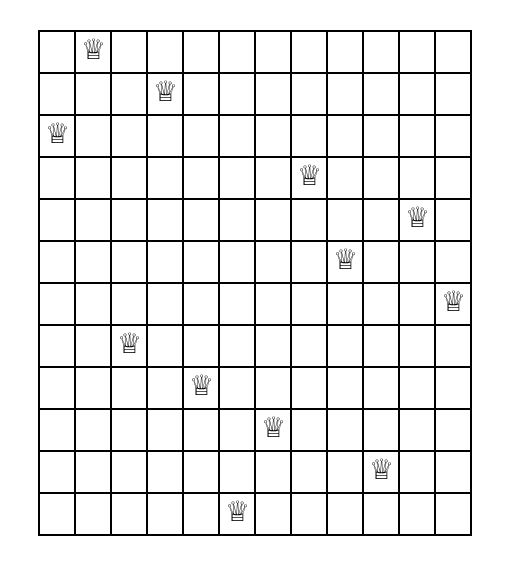
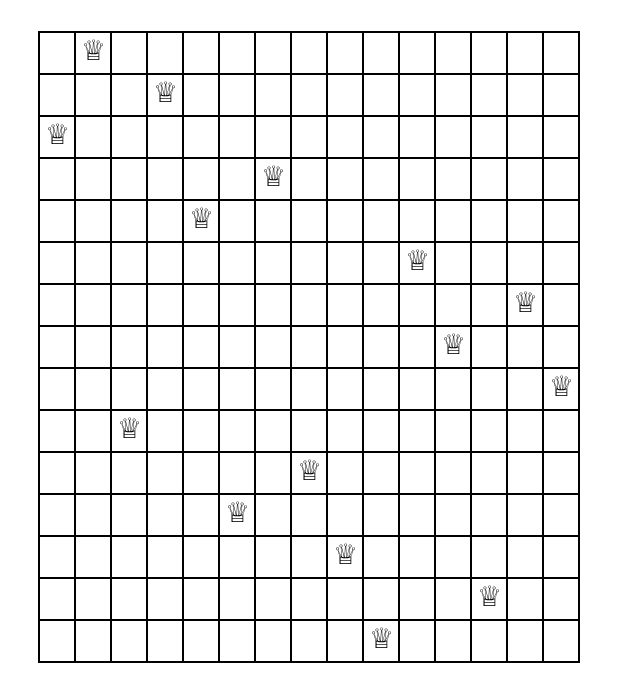
The diagram in graph.dot (CSUNSA1704250/parallel-nqueens-problem-parallelpatrol), drawn with Graphviz before and after one commit. The commit also changed 19 other files, not shown here.

```diff
--- a/graph.dot
+++ b/graph.dot
@@ -1,20 +1,23 @@
 digraph D { 
  node [shape=plaintext]
  some_node [
   label=<
    <table border="0" cellborder="1" cellspacing="0">
-    <tr><td> </td><td>&#9813;</td><td> </td><td> </td><td> </td><td> </td><td> </td><td> </td><td> </td><td> </td><td> </td><td> </td></tr>
-    <tr><td> </td><td> </td><td> </td><td>&#9813;</td><td> </td><td> </td><td> </td><td> </td><td> </td><td> </td><td> </td><td> </td></tr>
-    <tr><td>&#9813;</td><td> </td><td> </td><td> </td><td> </td><td> </td><td> </td><td> </td><td> </td><td> </td><td> </td><td> </td></tr>
-    <tr><td> </td><td> </td><td> </td><td> </td><td> </td><td> </td><td> </td><td>&#9813;</td><td> </td><td> </td><td> </td><td> </td></tr>
-    <tr><td> </td><td> </td><td> </td><td> </td><td> </td><td> </td><td> </td><td> </td><td> </td><td> </td><td>&#9813;</td><td> </td></tr>
-    <tr><td> </td><td> </td><td> </td><td> </td><td> </td><td> </td><td> </td><td> </td><td>&#9813;</td><td> </td><td> </td><td> </td></tr>
-    <tr><td> </td><td> </td><td> </td><td> </td><td> </td><td> </td><td> </td><td> </td><td> </td><td> </td><td> </td><td>&#9813;</td></tr>
-    <tr><td> </td><td> </td><td>&#9813;</td><td> </td><td> </td><td> </td><td> </td><td> </td><td> </td><td> </td><td> </td><td> </td></tr>
-    <tr><td> </td><td> </td><td> </td><td> </td><td>&#9813;</td><td> </td><td> </td><td> </td><td> </td><td> </td><td> </td><td> </td></tr>
-    <tr><td> </td><td> </td><td> </td><td> </td><td> </td><td> </td><td>&#9813;</td><td> </td><td> </td><td> </td><td> </td><td> </td></tr>
-    <tr><td> </td><td> </td><td> </td><td> </td><td> </td><td> </td><td> </td><td> </td><td> </td><td>&#9813;</td><td> </td><td> </td></tr>
-    <tr><td> </td><td> </td><td> </td><td> </td><td> </td><td>&#9813;</td><td> </td><td> </td><td> </td><td> </td><td> </td><td> </td></tr>
+    <tr><td> </td><td>&#9813;</td><td> </td><td> </td><td> </td><td> </td><td> </td><td> </td><td> </td><td> </td><td> </td><td> </td><td> </td><td> </td><td> </td></tr>
+    <tr><td> </td><td> </td><td> </td><td>&#9813;</td><td> </td><td> </td><td> </td><td> </td><td> </td><td> </td><td> </td><td> </td><td> </td><td> </td><td> </td></tr>
+    <tr><td>&#9813;</td><td> </td><td> </td><td> </td><td> </td><td> </td><td> </td><td> </td><td> </td><td> </td><td> </td><td> </td><td> </td><td> </td><td> </td></tr>
+    <tr><td> </td><td> </td><td> </td><td> </td><td> </td><td> </td><td>&#9813;</td><td> </td><td> </td><td> </td><td> </td><td> </td><td> </td><td> </td><td> </td></tr>
+    <tr><td> </td><td> </td><td> </td><td> </td><td>&#9813;</td><td> </td><td> </td><td> </td><td> </td><td> </td><td> </td><td> </td><td> </td><td> </td><td> </td></tr>
+    <tr><td> </td><td> </td><td> </td><td> </td><td> </td><td> </td><td> </td><td> </td><td> </td><td> </td><td>&#9813;</td><td> </td><td> </td><td> </td><td> </td></tr>
+    <tr><td> </td><td> </td><td> </td><td> </td><td> </td><td> </td><td> </td><td> </td><td> </td><td> </td><td> </td><td> </td><td> </td><td>&#9813;</td><td> </td></tr>
+    <tr><td> </td><td> </td><td> </td><td> </td><td> </td><td> </td><td> </td><td> </td><td> </td><td> </td><td> </td><td>&#9813;</td><td> </td><td> </td><td> </td></tr>
+    <tr><td> </td><td> </td><td> </td><td> </td><td> </td><td> </td><td> </td><td> </td><td> </td><td> </td><td> </td><td> </td><td> </td><td> </td><td>&#9813;</td></tr>
+    <tr><td> </td><td> </td><td>&#9813;</td><td> </td><td> </td><td> </td><td> </td><td> </td><td> </td><td> </td><td> </td><td> </td><td> </td><td> </td><td> </td></tr>
+    <tr><td> </td><td> </td><td> </td><td> </td><td> </td><td> </td><td> </td><td>&#9813;</td><td> </td><td> </td><td> </td><td> </td><td> </td><td> </td><td> </td></tr>
+    <tr><td> </td><td> </td><td> </td><td> </td><td> </td><td>&#9813;</td><td> </td><td> </td><td> </td><td> </td><td> </td><td> </td><td> </td><td> </td><td> </td></tr>
+    <tr><td> </td><td> </td><td> </td><td> </td><td> </td><td> </td><td> </td><td> </td><td>&#9813;</td><td> </td><td> </td><td> </td><td> </td><td> </td><td> </td></tr>
+    <tr><td> </td><td> </td><td> </td><td> </td><td> </td><td> </td><td> </td><td> </td><td> </td><td> </td><td> </td><td> </td><td>&#9813;</td><td> </td><td> </td></tr>
+    <tr><td> </td><td> </td><td> </td><td> </td><td> </td><td> </td><td> </td><td> </td><td> </td><td>&#9813;</td><td> </td><td> </td><td> </td><td> </td><td> </td></tr>
    </table>>
  ];
 }
```
